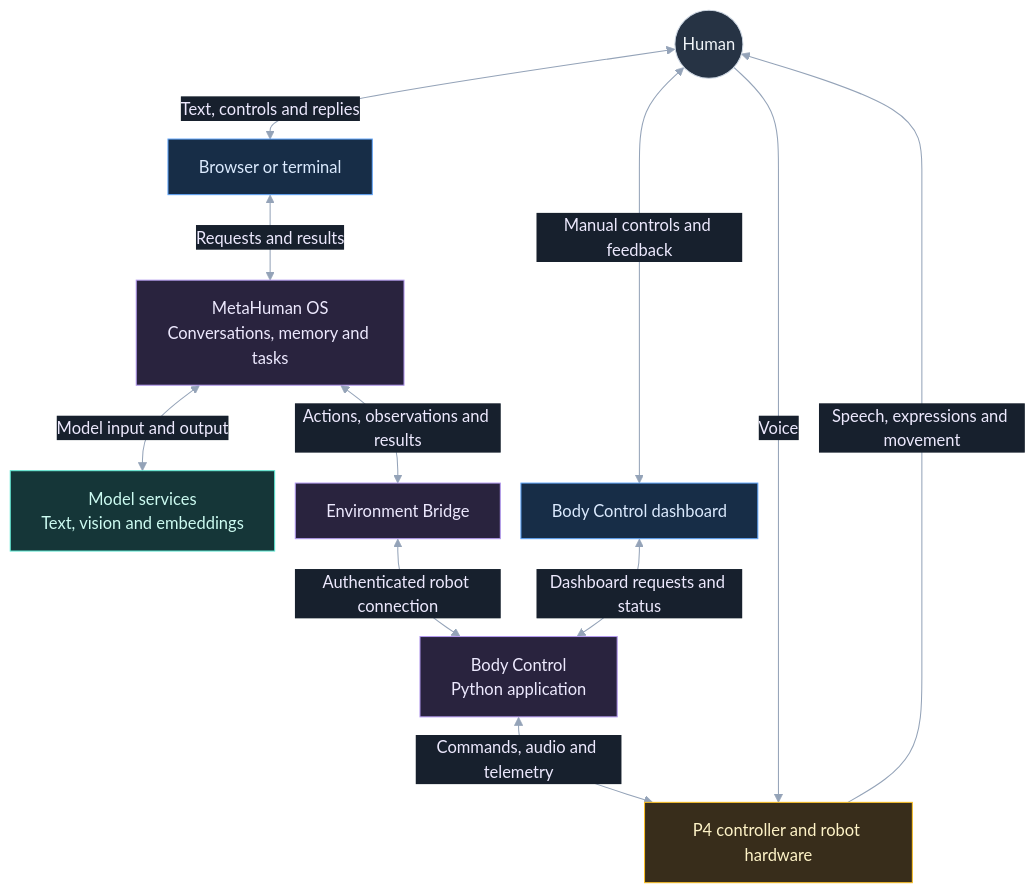
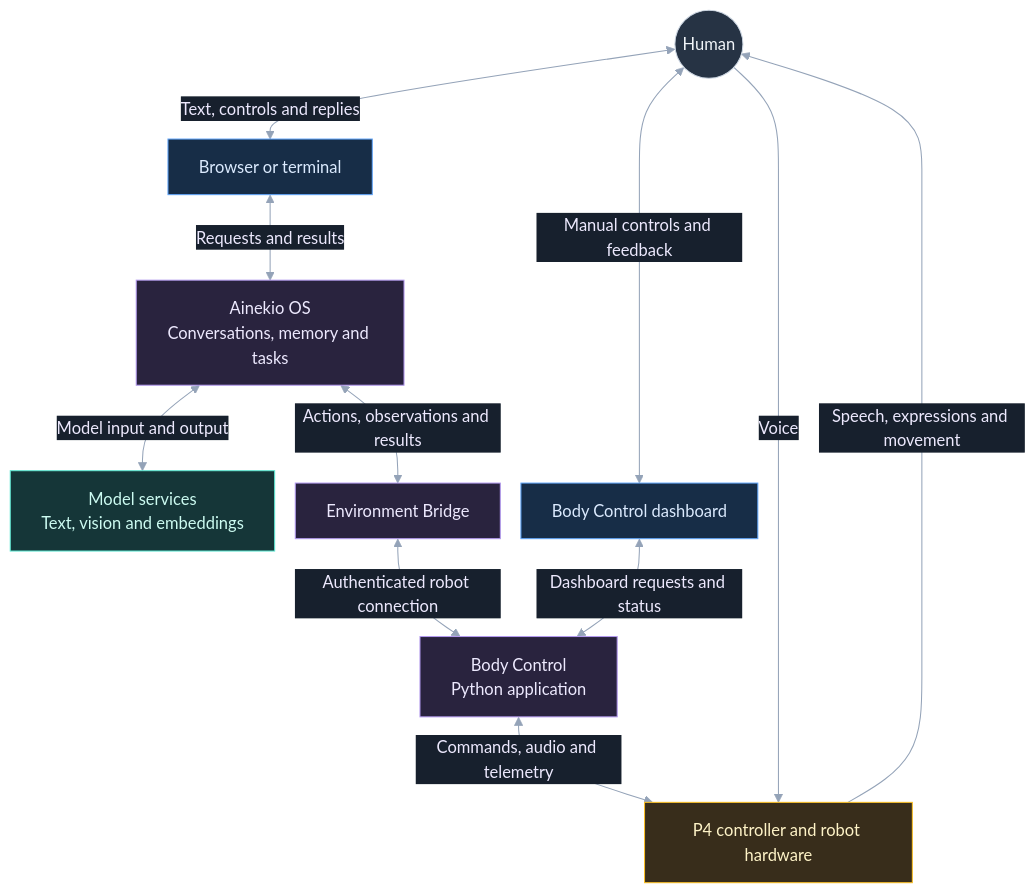
One commit to Greg-Aster/ainekio-os changed the first of 9 diagrams in docs/robot/SYSTEM_ARCHITECTURE.md. Above: the diagram before and after it, drawn with Mermaid. The commit also changed other lines of this file and 8 other files, not shown here.

Commit message:
docs(robot): reconcile architecture, capabilities, and maintained surface

````diff
--- a/docs/robot/SYSTEM_ARCHITECTURE.md
+++ b/docs/robot/SYSTEM_ARCHITECTURE.md
@@ -35,28 +35,28 @@
 ```mermaid
 %%{init: {"theme":"base","themeVariables":{"darkMode":true,"background":"#0f172a","primaryColor":"#29233e","primaryTextColor":"#ede9fe","primaryBorderColor":"#b39aef","lineColor":"#94a3b8","edgeLabelBackground":"#17202d","clusterBkg":"#151e2c","clusterBorder":"#526176","titleColor":"#e2e8f0","fontSize":"16px"},"flowchart":{"nodeSpacing":20,"rankSpacing":35,"useMaxWidth":true}}}%%
 flowchart TB
   H((Human)):::human
   UI["Browser or terminal"]:::ui
-  MH["MetaHuman OS<br/>Conversations, memory and tasks"]:::software
+  MH["Ainekio OS<br/>Conversations, memory and tasks"]:::software
   MODELS["Model services<br/>Text, vision and embeddings"]:::service
   BR["Environment Bridge"]:::software
   BC["Body Control<br/>Python application"]:::software
   DASH["Body Control dashboard"]:::ui
   P4["P4 controller and robot hardware"]:::hardware
   H <-->|"Text, controls and replies"| UI
   UI <-->|"Requests and results"| MH
   MH <-->|"Model input and output"| MODELS
   MH <-->|"Actions, observations and results"| BR
   BR <-->|"Authenticated robot connection"| BC
   H <-->|"Manual controls and feedback"| DASH
   DASH <-->|"Dashboard requests and status"| BC
   BC <-->|"Commands, audio and telemetry"| P4
   H -->|"Voice"| P4
   P4 -->|"Speech, expressions and movement"| H
   classDef human fill:#263344,stroke:#cbd5e1,color:#f1f5f9
   classDef ui fill:#172d47,stroke:#60a5fa,color:#dbeafe
   classDef software fill:#29233e,stroke:#b39aef,color:#ede9fe
   classDef service fill:#153638,stroke:#5eead4,color:#ccfbf1
   classDef hardware fill:#382d1b,stroke:#fbbf24,color:#fef3c7
   classDef data fill:#263126,stroke:#86c995,color:#dcfce7
 ```
````
